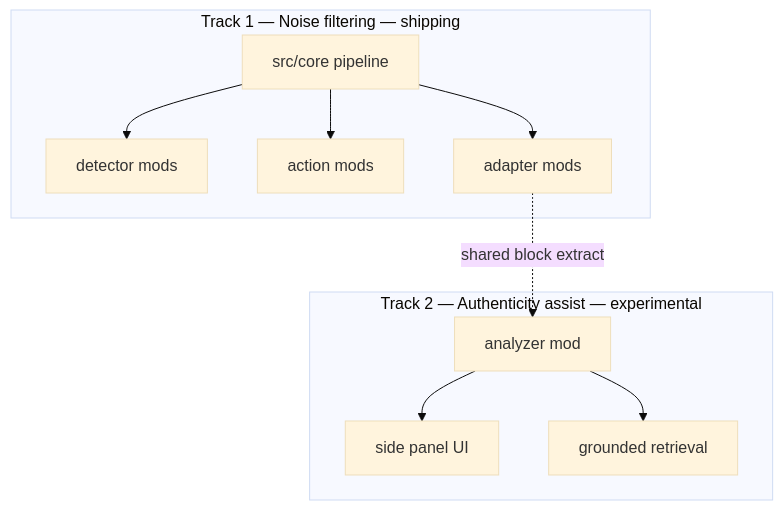
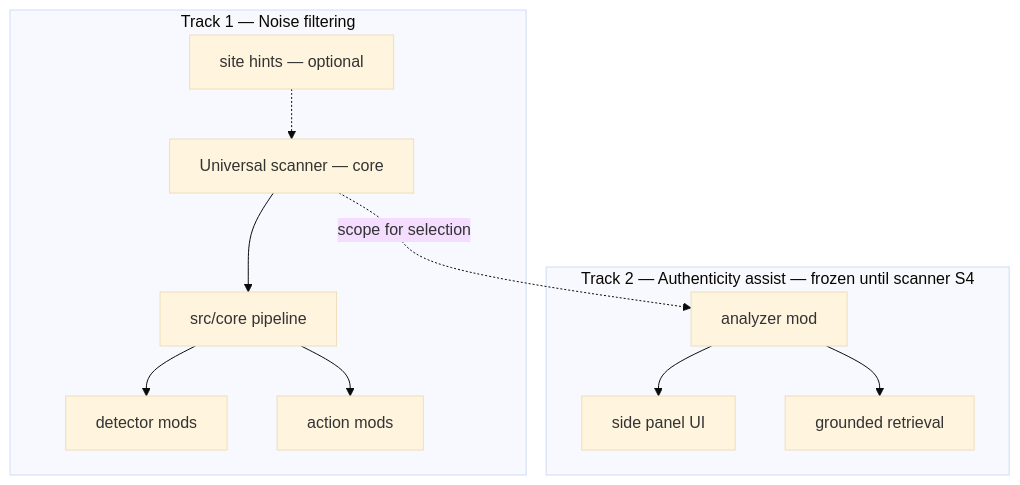
One commit to Dendro-X0/Detox changed the diagram in docs/README.md. Above: the diagram before and after it, drawn with Mermaid (base theme). The commit also changed other lines of this file and 231 other files, not shown here.

````diff
--- a/docs/README.md
+++ b/docs/README.md
@@ -29,20 +61,22 @@
 ```mermaid
 flowchart TB
-  subgraph track1 [Track 1 — Noise filtering — shipping]
+  subgraph track1 [Track 1 — Noise filtering]
+    Scanner[Universal scanner — core]
     Core[src/core pipeline]
     Detectors[detector mods]
     Actions[action mods]
-    Adapters[adapter mods]
+    Hints[site hints — optional]
+    Scanner --> Core
     Core --> Detectors
     Core --> Actions
-    Core --> Adapters
+    Hints -.-> Scanner
   end
-  subgraph track2 [Track 2 — Authenticity assist — experimental]
+  subgraph track2 [Track 2 — Authenticity assist — frozen until scanner S4]
     Analyzer[analyzer mod]
     SidePanel[side panel UI]
     Retrieval[grounded retrieval]
     Analyzer --> Retrieval
     Analyzer --> SidePanel
   end
-  Adapters -.->|shared block extract| Analyzer
+  Scanner -.->|scope for selection| Analyzer
 ```
````
